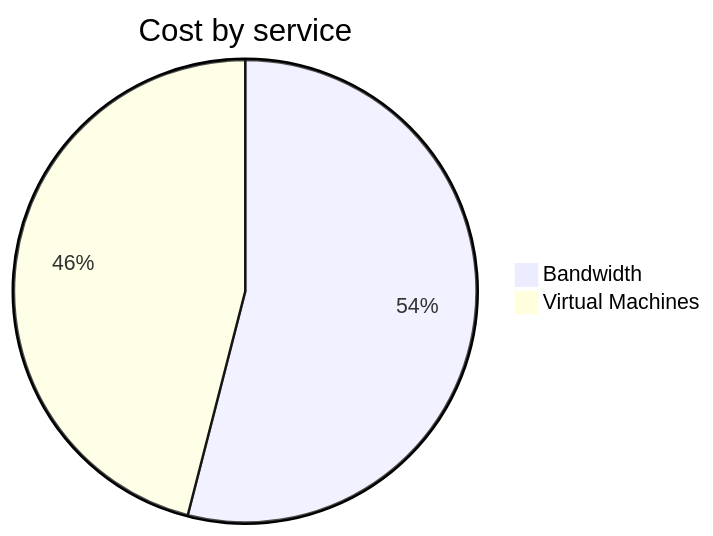
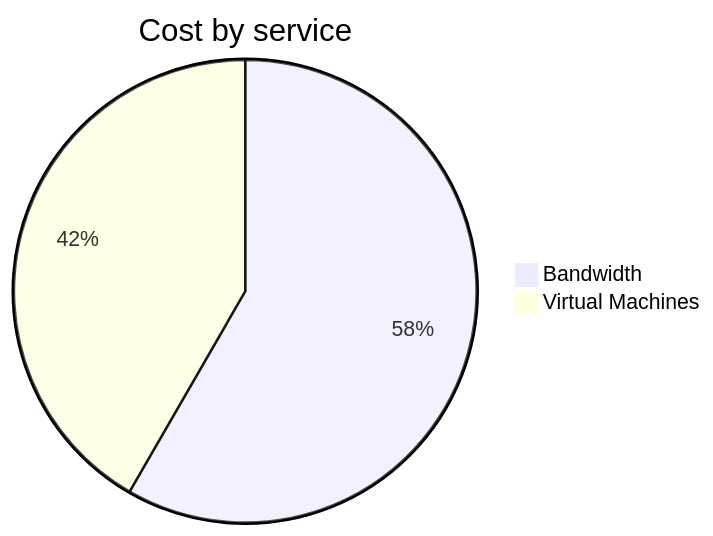
Before and after one commit to jpfulton/azure-personal-reports: the second of 4 diagrams in cost-reports/personal-network/vpn-server.md, drawn with Mermaid. The commit also changed other lines of this file and 8 other files, not shown here.

````diff
--- a/cost-reports/personal-network/vpn-server.md
+++ b/cost-reports/personal-network/vpn-server.md
@@ -96,6 +96,6 @@
 ```mermaid
 pie
    title Cost by service
-   "Bandwidth" : 0.27
-   "Virtual Machines" : 0.23
+   "Bandwidth" : 0.56
+   "Virtual Machines" : 0.40
 ```
````
